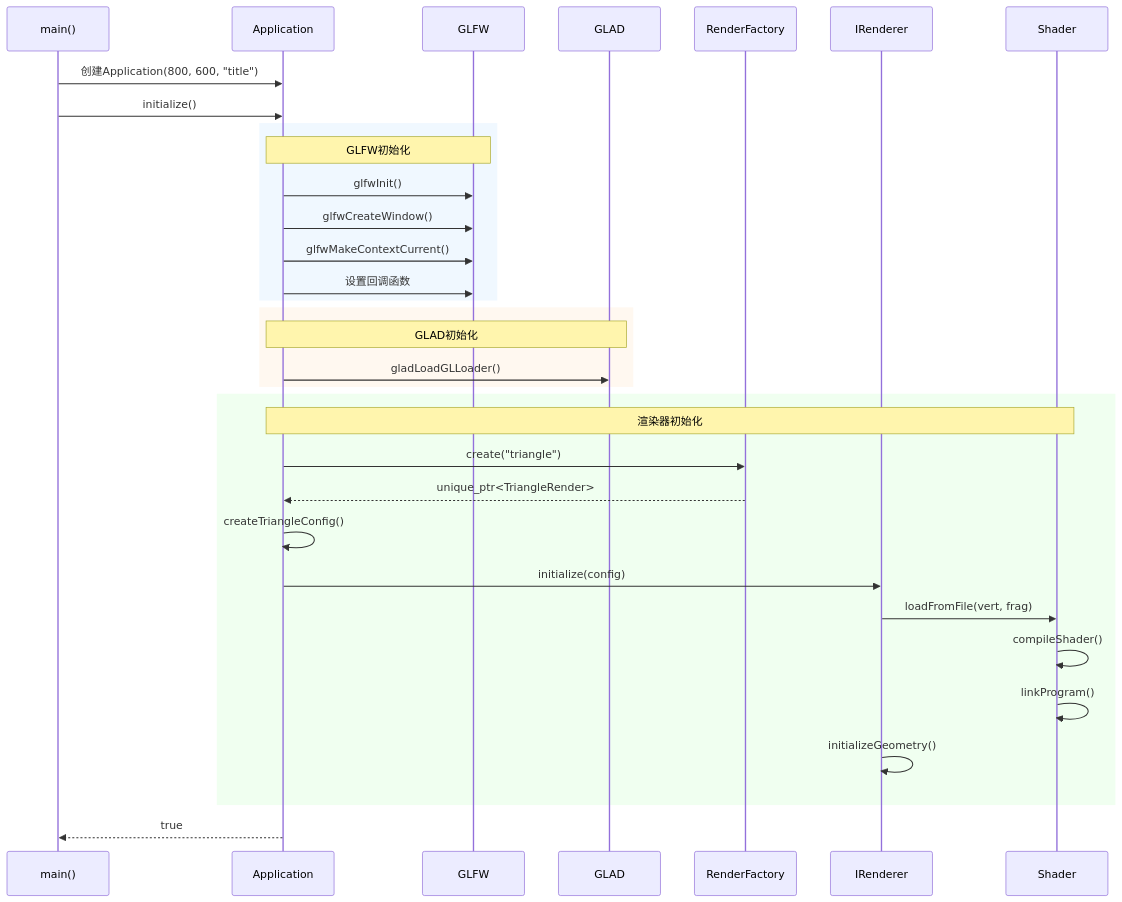
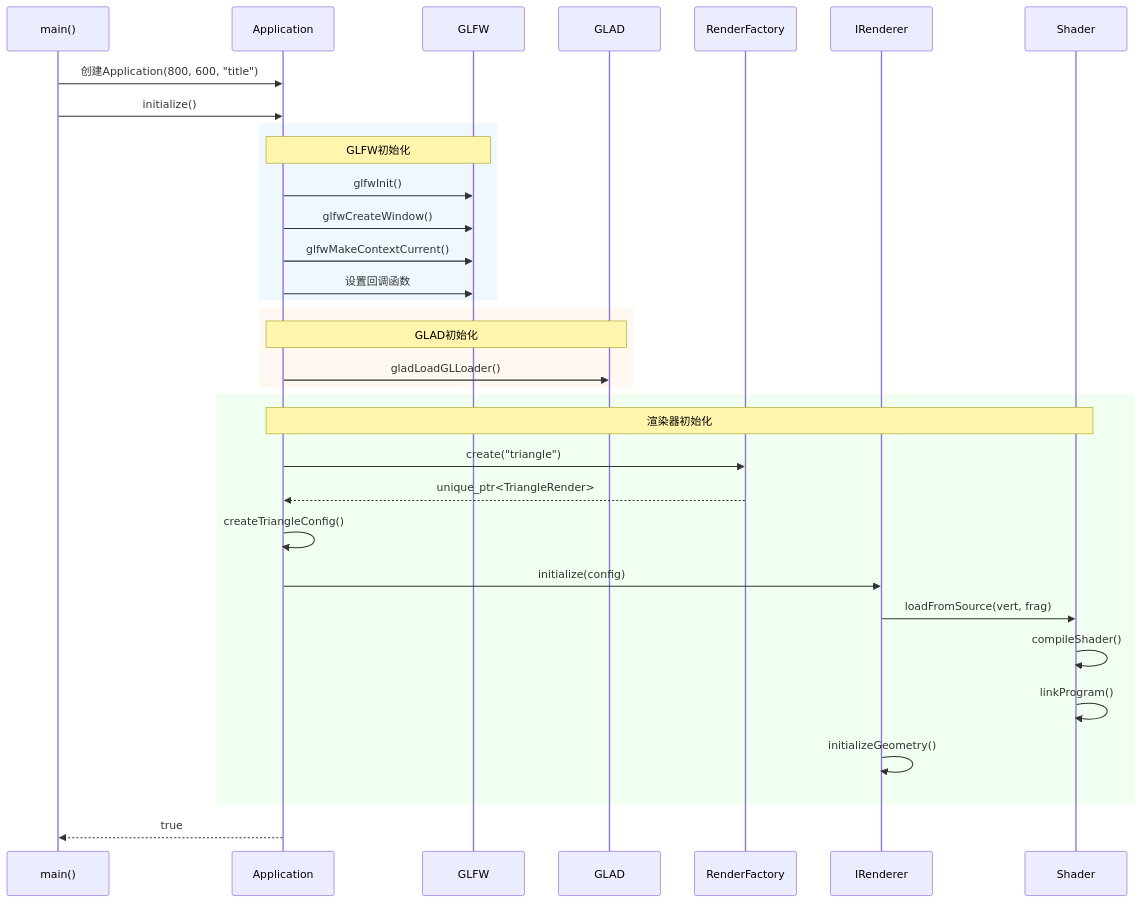
The seventh of 14 diagrams in docs/PROJECT_STRUCTURE.md (banned104/OpenGL_Framework), drawn with Mermaid before and after one commit. The commit also changed other lines of this file and 1 other file, not shown here.

Commit message:
修改native_renderer.cpp 和 修改项目结构文档.md

````diff
--- a/docs/PROJECT_STRUCTURE.md
+++ b/docs/PROJECT_STRUCTURE.md
@@ -187,40 +355,40 @@
 ```mermaid
 sequenceDiagram
     participant Main as main()
     participant App as Application
     participant GLFW as GLFW
     participant GLAD as GLAD
     participant Factory as RenderFactory
     participant Renderer as IRenderer
     participant Shader as Shader
     
     Main->>App: 创建Application(800, 600, "title")
     Main->>App: initialize()
     
     rect rgb(240, 248, 255)
         Note over App,GLFW: GLFW初始化
         App->>GLFW: glfwInit()
         App->>GLFW: glfwCreateWindow()
         App->>GLFW: glfwMakeContextCurrent()
         App->>GLFW: 设置回调函数
     end
     
     rect rgb(255, 248, 240)
         Note over App,GLAD: GLAD初始化
         App->>GLAD: gladLoadGLLoader()
     end
     
     rect rgb(240, 255, 240)
         Note over App,Shader: 渲染器初始化
         App->>Factory: create("triangle")
         Factory-->>App: unique_ptr<TriangleRender>
         App->>App: createTriangleConfig()
         App->>Renderer: initialize(config)
-        Renderer->>Shader: loadFromFile(vert, frag)
+        Renderer->>Shader: loadFromSource(vert, frag)
         Shader->>Shader: compileShader()
         Shader->>Shader: linkProgram()
         Renderer->>Renderer: initializeGeometry()
     end
     
     App-->>Main: true
 ```
````
